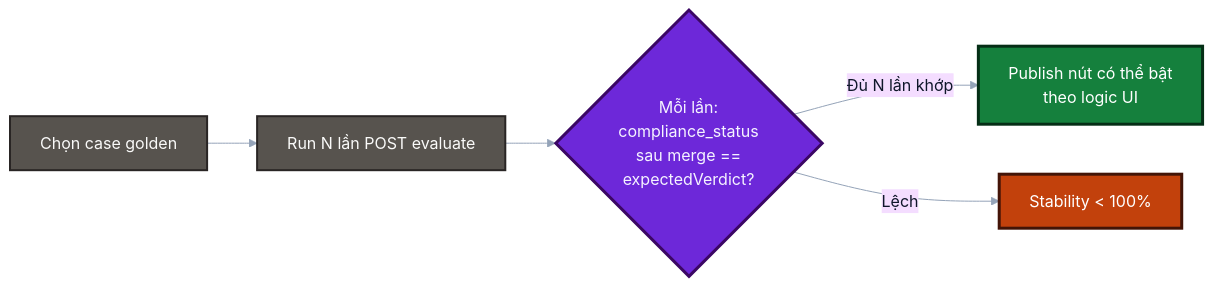
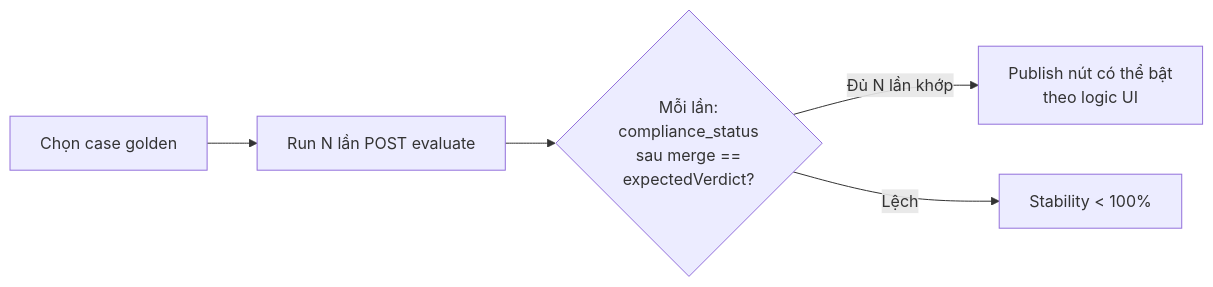
Before and after one commit to Tritintruong114/ai-agents-qa: the seventh of 8 diagrams in README.md, drawn with Mermaid. The commit also changed other lines of this file, not shown here.

First line of the commit message:
docs(readme): simplify Mermaid diagrams (remove theme, classDef, node classes)

````diff
--- a/README.md
+++ b/README.md
@@ -321,14 +283,8 @@
 ```mermaid
-%%{init: {'theme':'base', 'themeVariables': {'lineColor': '#94a3b8', 'primaryTextColor': '#0f172a'}}}%%
 flowchart LR
-    classDef pass fill:#15803d,stroke:#052e16,color:#ffffff,stroke-width:3px;
-    classDef fail fill:#b91c1c,stroke:#450a0a,color:#ffffff,stroke-width:3px;
-    classDef warn fill:#c2410c,stroke:#431407,color:#ffffff,stroke-width:3px;
-    classDef step fill:#57534e,stroke:#292524,color:#fafaf9,stroke-width:2px;
-    classDef decision fill:#6d28d9,stroke:#3b0764,color:#f5f3ff,stroke-width:3px;
 
-    S[Chọn case golden]:::step --> R[Run N lần POST evaluate]:::step
-    R --> C{Mỗi lần:<br/>compliance_status<br/>sau merge ==<br/>expectedVerdict?}:::decision
-    C -->|Đủ N lần khớp| OK[Publish nút có thể bật<br/>theo logic UI]:::pass
-    C -->|Lệch| X[Stability < 100%]:::warn
+    S[Chọn case golden] --> R[Run N lần POST evaluate]
+    R --> C{Mỗi lần:<br/>compliance_status<br/>sau merge ==<br/>expectedVerdict?}
+    C -->|Đủ N lần khớp| OK[Publish nút có thể bật<br/>theo logic UI]
+    C -->|Lệch| X[Stability < 100%]
 ```
````
